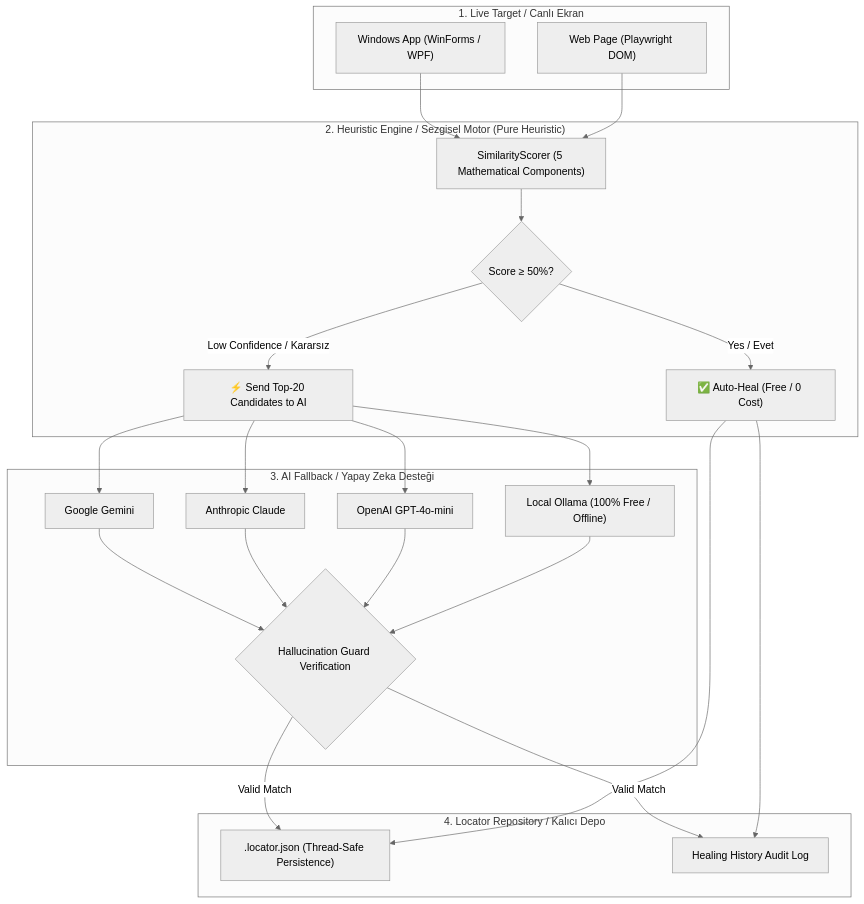
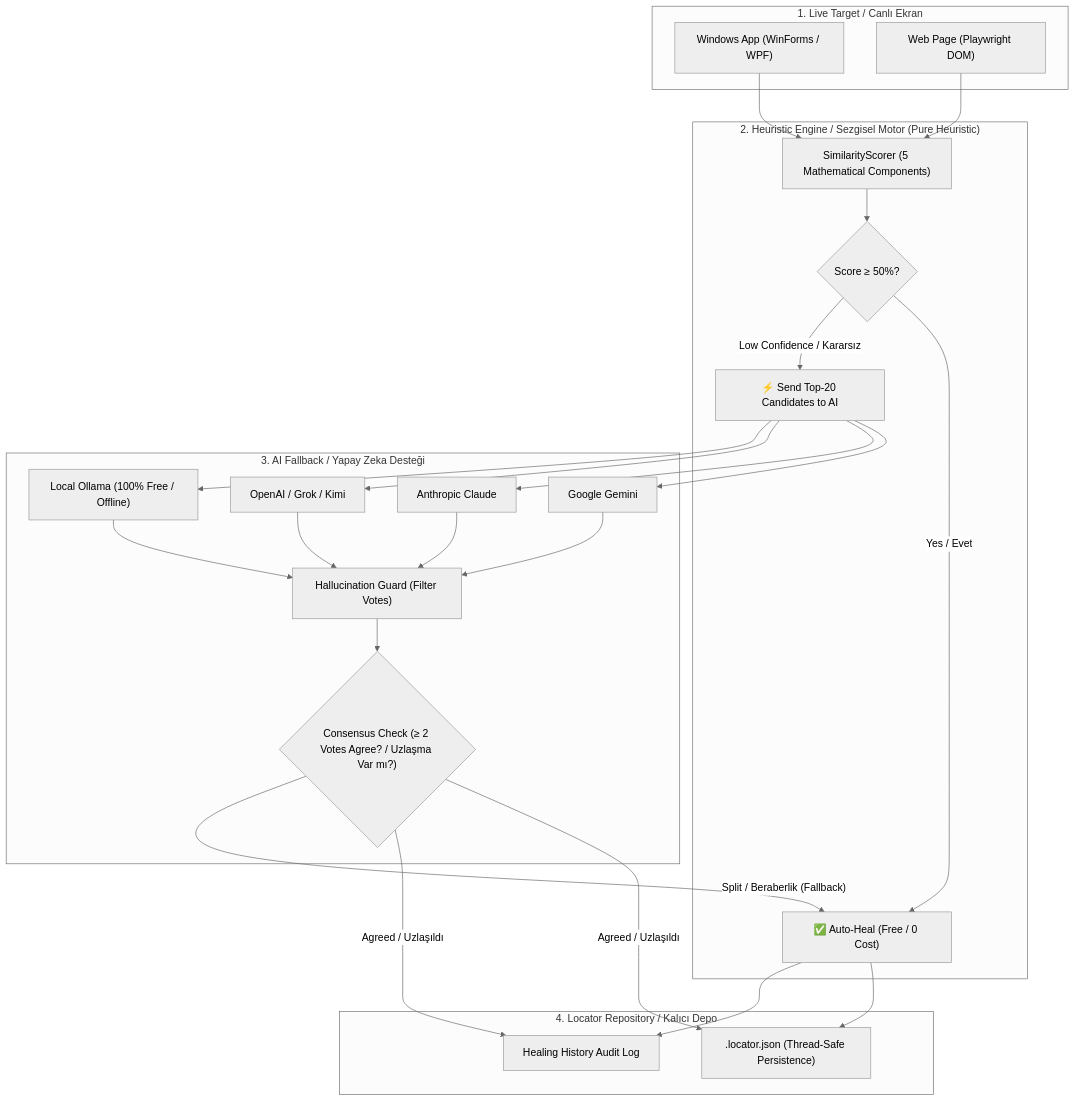
One commit to mustafasercansak/automation-sandbox changed the diagram in docs/index.md. Above: the diagram before and after it, drawn with Mermaid (neutral theme). The commit also changed other lines of this file and 4 other files, not shown here.

````diff
--- a/docs/index.md
+++ b/docs/index.md
@@ -71,36 +71,39 @@
 ```mermaid
 flowchart TB
     subgraph INPUT ["1. Live Target / Canlı Ekran"]
         A1["Windows App (WinForms / WPF)"]
         A2["Web Page (Playwright DOM)"]
     end
 
     subgraph ENGINE ["2. Heuristic Engine / Sezgisel Motor (Pure Heuristic)"]
         B1["SimilarityScorer (5 Mathematical Components)"]
         B2{"Score ≥ 50%?"}
         B3["✅ Auto-Heal (Free / 0 Cost)"]
         B4["⚡ Send Top-20 Candidates to AI"]
     end
 
     subgraph AI ["3. AI Fallback / Yapay Zeka Desteği"]
         C1["Google Gemini"]
         C2["Anthropic Claude"]
-        C3["OpenAI GPT-4o-mini"]
+        C3["OpenAI / Grok / Kimi"]
         C4["Local Ollama (100% Free / Offline)"]
-        C5{"Hallucination Guard Verification"}
+        C5["Hallucination Guard (Filter Votes)"]
+        C6{"Consensus Check (≥ 2 Votes Agree? / Uzlaşma Var mı?)"}
     end
 
     subgraph REPO ["4. Locator Repository / Kalıcı Depo"]
         D1[".locator.json (Thread-Safe Persistence)"]
         D2["Healing History Audit Log"]
     end
 
     A1 & A2 --> B1
     B1 --> B2
     B2 -- Yes / Evet --> B3
     B2 -- Low Confidence / Kararsız --> B4
     B4 --> C1 & C2 & C3 & C4
     C1 & C2 & C3 & C4 --> C5
-    C5 -- Valid Match --> D1 & D2
+    C5 --> C6
+    C6 -- Agreed / Uzlaşıldı --> D1 & D2
+    C6 -- Split / Beraberlik (Fallback) --> B3
     B3 --> D1 & D2
 ```
````
